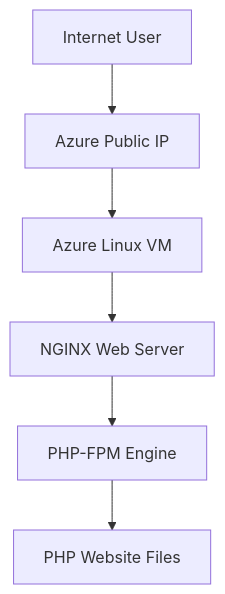
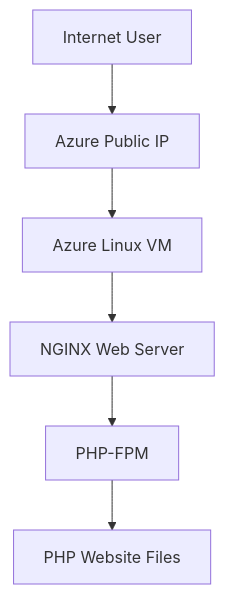
The diagram in README.md (Akamitt009/azure-php-web-deployment), drawn with Mermaid before and after one commit. The commit also changed other lines of this file, not shown here.

````diff
--- a/README.md
+++ b/README.md
@@ -58,26 +58,25 @@
 ```mermaid
 graph TD
 
 User[Internet User]
 
-AzureIP[Azure Public IP]
+PublicIP[Azure Public IP]
 
 VM[Azure Linux VM]
 
 NGINX[NGINX Web Server]
 
-PHP[PHP-FPM Engine]
+PHP[PHP-FPM]
 
 Files[PHP Website Files]
 
-User --> AzureIP
+User --> PublicIP
 
-AzureIP --> VM
+PublicIP --> VM
 
 VM --> NGINX
 
 NGINX --> PHP
 
 PHP --> Files
-
 ```
````
